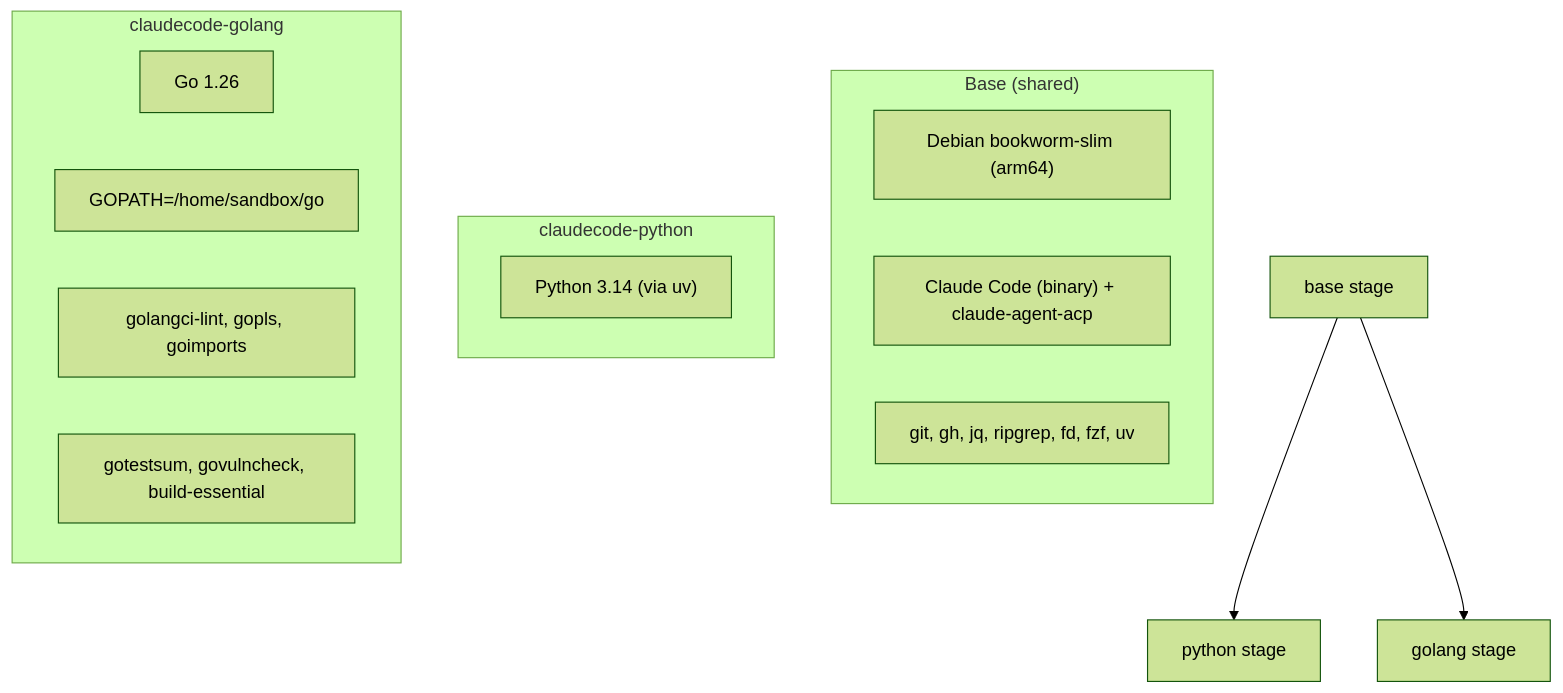
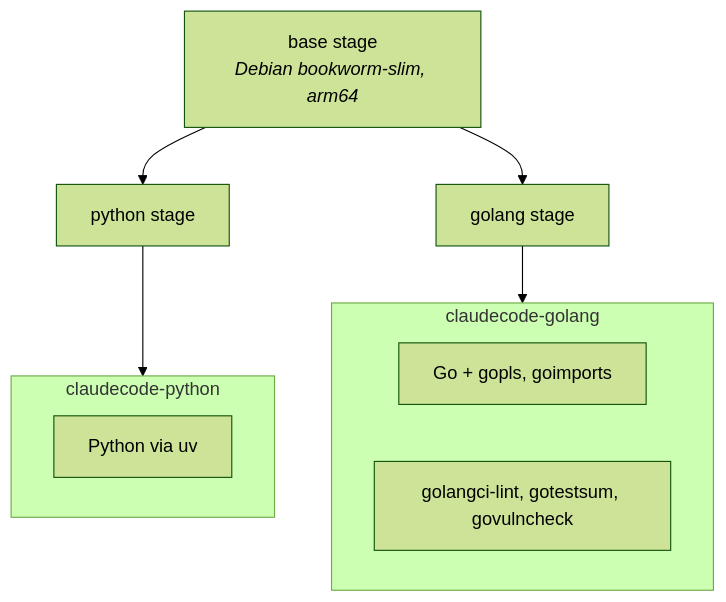
One commit to chew-z/Container changed the second of 2 diagrams in README.md. Above: the diagram before and after it, drawn with Mermaid (forest theme). The commit also changed other lines of this file and 4 other files, not shown here.

````diff
--- a/README.md
+++ b/README.md
@@ -221,25 +64,17 @@
 ```mermaid
 flowchart TB
-    Base["base stage"] --> Python["python stage"]
+    Base["base stage<br/><i>Debian bookworm-slim, arm64</i>"] --> Python["python stage"]
     Base --> Golang["golang stage"]
 
-    subgraph Base_contents["Base (shared)"]
-        direction LR
-        B1["Debian bookworm-slim (arm64)"]
-        B2["Claude Code (binary) + claude-agent-acp"]
-        B3["git, gh, jq, ripgrep, fd, fzf, uv"]
+    subgraph python_img["claudecode-python"]
+        P1["Python via uv"]
     end
 
-    subgraph Python_contents["claudecode-python"]
-        direction LR
-        P1["Python 3.14 (via uv)"]
+    subgraph golang_img["claudecode-golang"]
+        G1["Go + gopls, goimports"]
+        G2["golangci-lint, gotestsum, govulncheck"]
     end
 
-    subgraph Golang_contents["claudecode-golang"]
-        direction LR
-        G1["Go 1.26"]
-        G2["GOPATH=/home/sandbox/go"]
-        G3["golangci-lint, gopls, goimports"]
-        G4["gotestsum, govulncheck, build-essential"]
-    end
+    Python --> python_img
+    Golang --> golang_img
 ```
````
